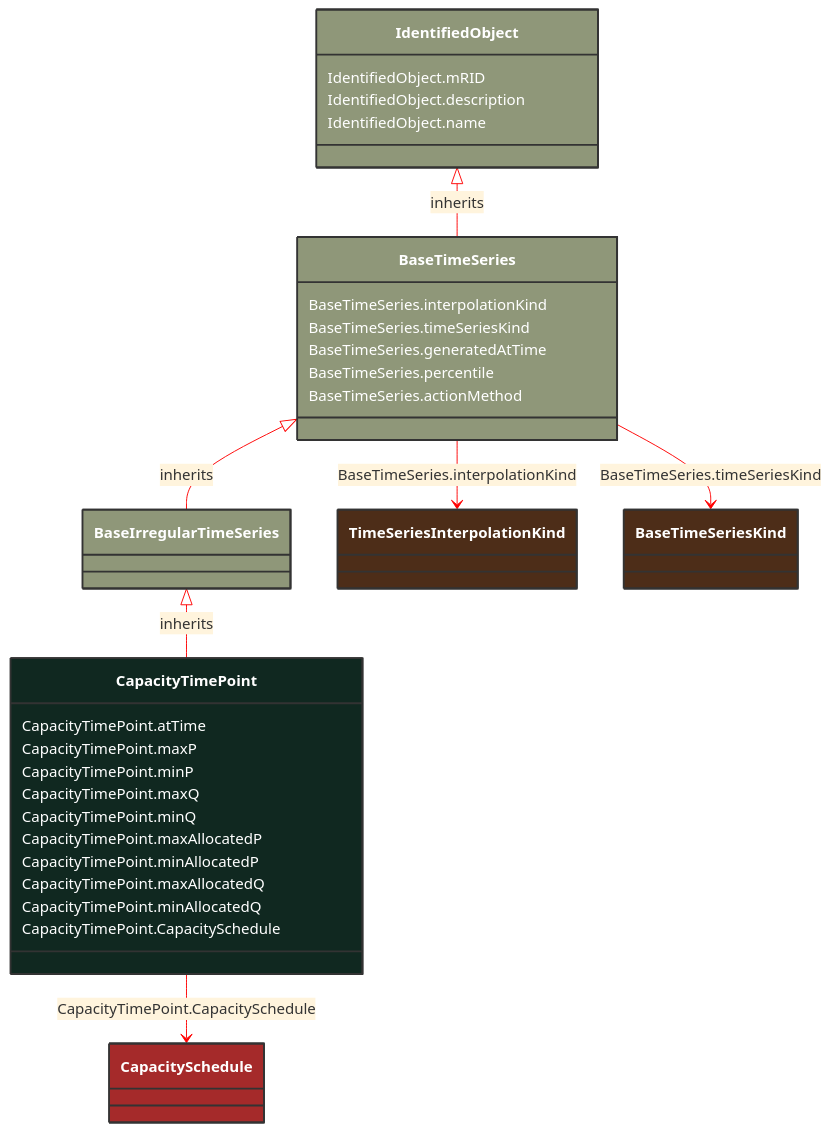
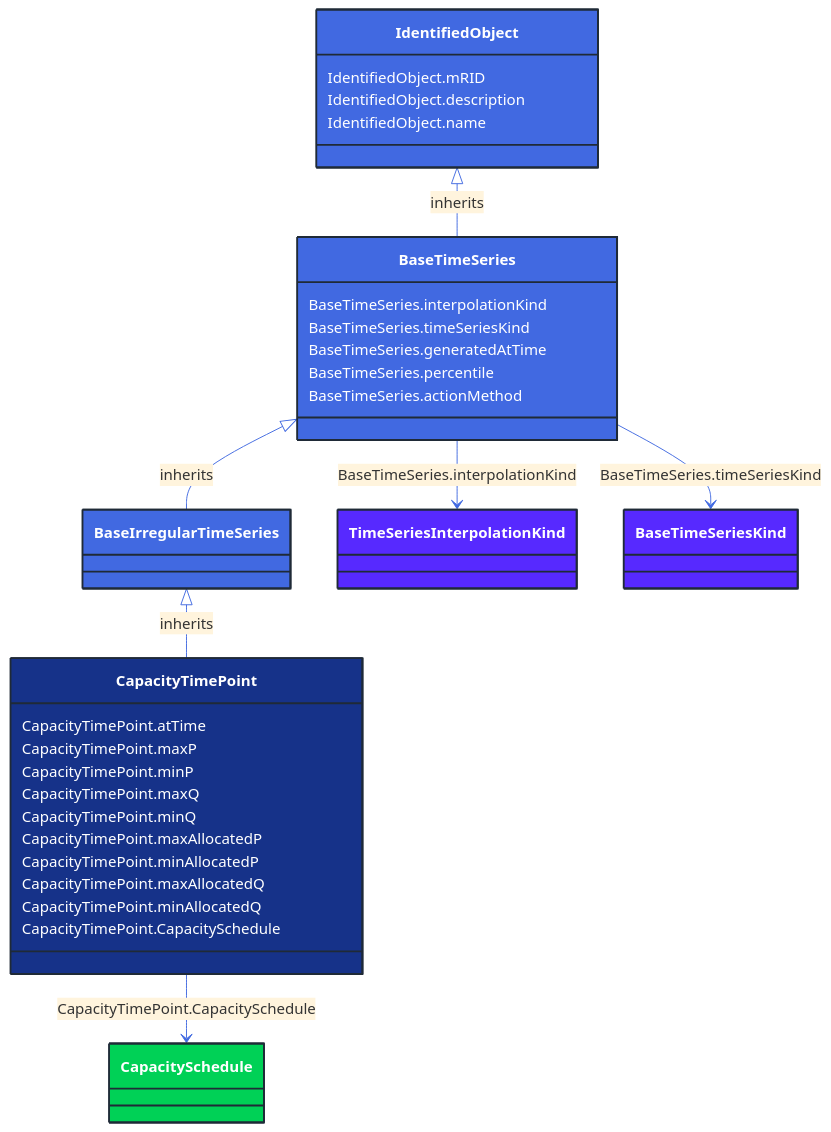
The diagram in docs/Models/Profiles/GridCapacity/ConcreteClasses/CapacityTimePoint.md (3lbits/NoCIMExtensions), drawn with Mermaid before and after one commit. The commit also changed 362 other files, not shown here.

First line of the commit message:
Update diagrams and styles for improved visual consistency

````diff
--- a/docs/Models/Profiles/GridCapacity/ConcreteClasses/CapacityTimePoint.md
+++ b/docs/Models/Profiles/GridCapacity/ConcreteClasses/CapacityTimePoint.md
@@ -8,55 +8,55 @@
 ```mermaid
-%%{init: {'theme':'base','themeVariables': {'lineColor': '#FF0000'}}}%%
+%%{init: {'theme':'base','themeVariables': {'lineColor': '#4169E1'}}}%%
 classDiagram
     class CapacityTimePoint
     click CapacityTimePoint href "/Models/Profiles/GridCapacity/ConcreteClasses/CapacityTimePoint/"
-    style CapacityTimePoint fill:#102820,stroke:#333,stroke-width:2px,rx:10,ry:10,color:white
+    style CapacityTimePoint fill:#163289,stroke:#1F2A37,stroke-width:2px,rx:10,ry:10,color:white
      
         BaseIrregularTimeSeries <|-- CapacityTimePoint : inherits
             click BaseIrregularTimeSeries href "/Models/Profiles/GridCapacity/AbstractClasses/BaseIrregularTimeSeries/"
-            style BaseIrregularTimeSeries fill:#8F9779,stroke:#333,stroke-width:2px,rx:10,ry:10,color:white
+            style BaseIrregularTimeSeries fill:#4169E1,stroke:#1F2A37,stroke-width:2px,rx:10,ry:10,color:white
      
         BaseTimeSeries <|-- BaseIrregularTimeSeries : inherits
             click BaseTimeSeries href "/Models/Profiles/GridCapacity/AbstractClasses/BaseTimeSeries/"
-            style BaseTimeSeries fill:#8F9779,stroke:#333,stroke-width:2px,rx:10,ry:10,color:white
+            style BaseTimeSeries fill:#4169E1,stroke:#1F2A37,stroke-width:2px,rx:10,ry:10,color:white
      
         IdentifiedObject <|-- BaseTimeSeries : inherits
             click IdentifiedObject href "/Models/Profiles/GridCapacity/AbstractClasses/IdentifiedObject/"
-            style IdentifiedObject fill:#8F9779,stroke:#333,stroke-width:2px,rx:10,ry:10,color:white
+            style IdentifiedObject fill:#4169E1,stroke:#1F2A37,stroke-width:2px,rx:10,ry:10,color:white
 
         CapacityTimePoint --> CapacitySchedule : CapacityTimePoint.CapacitySchedule
 
         CapacitySchedule
             click CapacitySchedule href "/Models/Profiles/GridCapacity/ConcreteClasses/CapacitySchedule/"
-            style CapacitySchedule fill:#A52A2A,stroke:#333,stroke-width:2px,rx:10,ry:10,color:white
+            style CapacitySchedule fill:#00D156,stroke:#1F2A37,stroke-width:2px,rx:10,ry:10,color:white
 
         BaseTimeSeries --> TimeSeriesInterpolationKind : BaseTimeSeries.interpolationKind
 
         TimeSeriesInterpolationKind
             click TimeSeriesInterpolationKind href "/Models/Profiles/GridCapacity/Enumerations/TimeSeriesInterpolationKind/"
-            style TimeSeriesInterpolationKind fill:#4D2D18,stroke:#333,stroke-width:2px,rx:10,ry:10,color:white
+            style TimeSeriesInterpolationKind fill:#5729FF,stroke:#1F2A37,stroke-width:2px,rx:10,ry:10,color:white
         BaseTimeSeries --> BaseTimeSeriesKind : BaseTimeSeries.timeSeriesKind
 
         BaseTimeSeriesKind
             click BaseTimeSeriesKind href "/Models/Profiles/GridCapacity/Enumerations/BaseTimeSeriesKind/"
-            style BaseTimeSeriesKind fill:#4D2D18,stroke:#333,stroke-width:2px,rx:10,ry:10,color:white
+            style BaseTimeSeriesKind fill:#5729FF,stroke:#1F2A37,stroke-width:2px,rx:10,ry:10,color:white
 
         CapacityTimePoint : CapacityTimePoint.atTime
         CapacityTimePoint : CapacityTimePoint.maxP
         CapacityTimePoint : CapacityTimePoint.minP
         CapacityTimePoint : CapacityTimePoint.maxQ
         CapacityTimePoint : CapacityTimePoint.minQ
         CapacityTimePoint : CapacityTimePoint.maxAllocatedP
         CapacityTimePoint : CapacityTimePoint.minAllocatedP
         CapacityTimePoint : CapacityTimePoint.maxAllocatedQ
         CapacityTimePoint : CapacityTimePoint.minAllocatedQ
         CapacityTimePoint : CapacityTimePoint.CapacitySchedule
         BaseTimeSeries : BaseTimeSeries.interpolationKind
         BaseTimeSeries : BaseTimeSeries.timeSeriesKind
         BaseTimeSeries : BaseTimeSeries.generatedAtTime
         BaseTimeSeries : BaseTimeSeries.percentile
         BaseTimeSeries : BaseTimeSeries.actionMethod
         IdentifiedObject : IdentifiedObject.mRID
         IdentifiedObject : IdentifiedObject.description
         IdentifiedObject : IdentifiedObject.name
 ```
````
